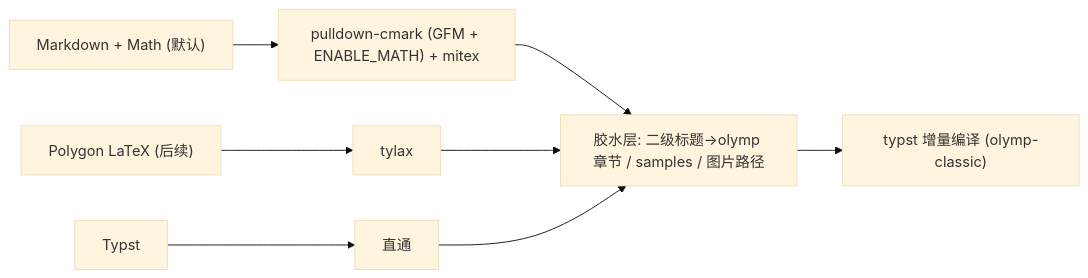
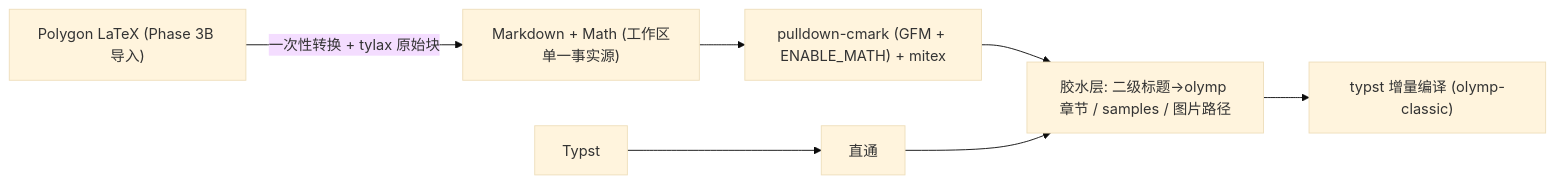
One commit to lihaoze123/xcpc-workstation changed the third of 3 diagrams in docs/architecture.md. Above: the diagram before and after it, drawn with Mermaid (base theme). The commit also changed other lines of this file and 4 other files, not shown here.

Commit message:
docs: 更新 Phase 3B 规格文档（Polygon 导入与 DOMjudge/Hydro 导出）

````diff
--- a/docs/architecture.md
+++ b/docs/architecture.md
@@ -203,10 +203,9 @@
 ```mermaid
 flowchart LR
-    MD["Markdown + Math (默认)"] --> P1["pulldown-cmark (GFM + ENABLE_MATH) + mitex"]
-    TEX["Polygon LaTeX (后续)"] --> P2["tylax"]
+    TEX["Polygon LaTeX (Phase 3B 导入)"] -->|"一次性转换 + tylax 原始块"| MD["Markdown + Math (工作区单一事实源)"]
+    MD --> P1["pulldown-cmark (GFM + ENABLE_MATH) + mitex"]
     TYP["Typst"] --> P3["直通"]
     P1 --> Glue["胶水层: 二级标题→olymp 章节 / samples / 图片路径"]
-    P2 --> Glue
     P3 --> Glue
     Glue --> Typst["typst 增量编译 (olymp-classic)"]
 ```
````
